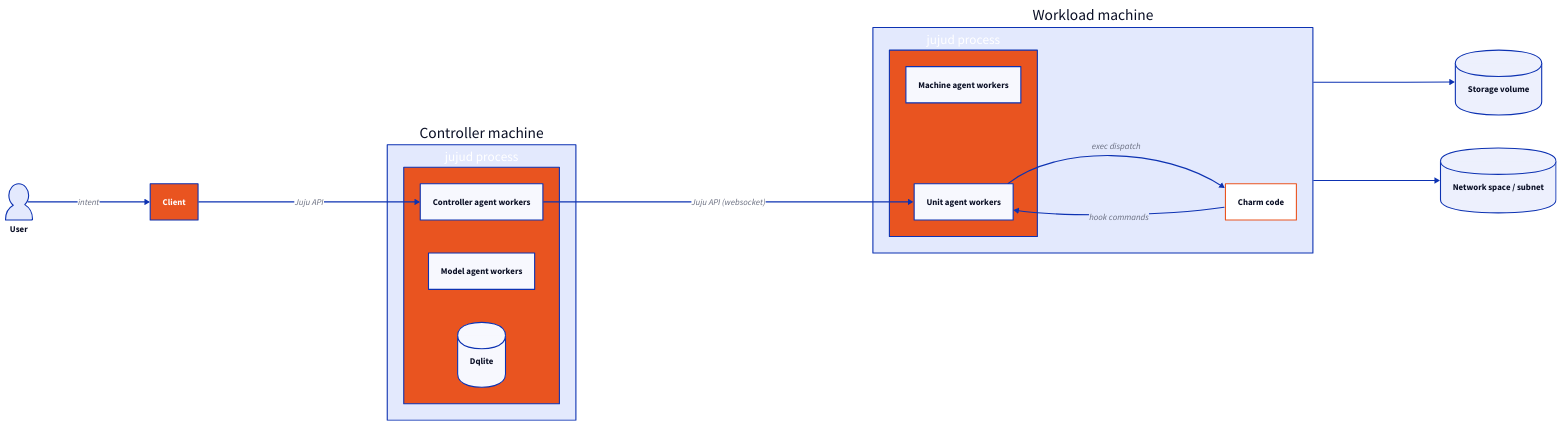
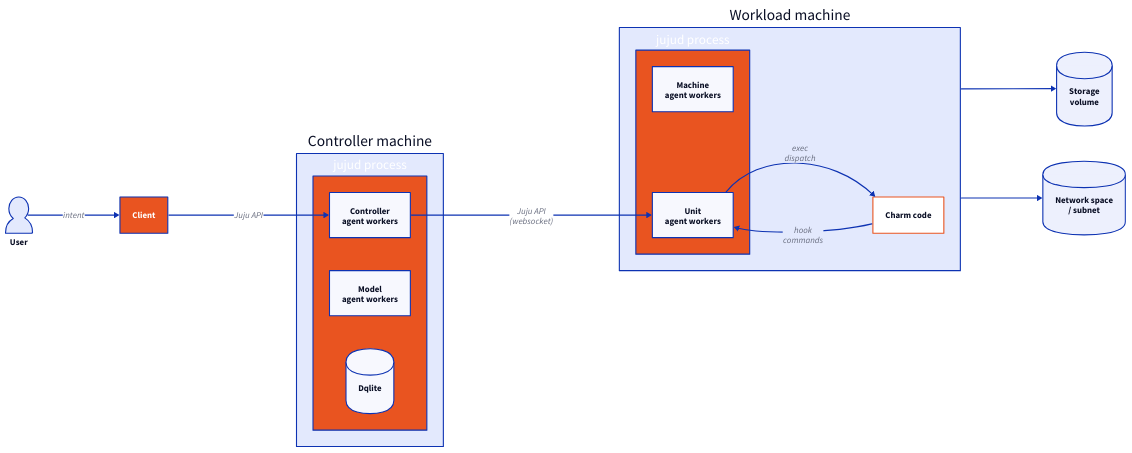
The second of 11 diagrams in docs/explanation/architecture.md (juju/juju), drawn with D2 before and after one commit. The commit also changed other lines of this file and 1 other file, not shown here.

First line of the commit message:
build(docs): reduce padding and wrap long labels in D2 diagrams

````diff
--- a/docs/explanation/architecture.md
+++ b/docs/explanation/architecture.md
@@ -162,45 +162,45 @@
 ```{d2}
 direction: right
 
 user.shape: person
 user.label: "User"
 
 client: "Client" {
   style.fill: "#E95420"
   style.font-color: white
 }
 
 controller_machine: "Controller machine" {
   jujud_ctrl: "jujud process" {
     style.fill: "#E95420"
     style.font-color: white
-    ca: "Controller agent workers"
-    ma: "Model agent workers"
+    ca: "Controller\nagent workers"
+    ma: "Model\nagent workers"
     db: "Dqlite" {shape: cylinder}
   }
 }
 
 workload_machine: "Workload machine" {
   jujud_unit: "jujud process" {
     style.fill: "#E95420"
     style.font-color: white
-    mach_a: "Machine agent workers"
-    unit_a: "Unit agent workers"
+    mach_a: "Machine\nagent workers"
+    unit_a: "Unit\nagent workers"
   }
   charm: "Charm code" {
     style.fill: white
     style.stroke: "#E95420"
   }
 }
 
-storage: "Storage volume" {shape: cylinder}
-network: "Network space / subnet" {shape: cylinder}
+storage: "Storage\nvolume" {shape: cylinder}
+network: "Network space\n/ subnet" {shape: cylinder}
 
 user -> client: "intent"
 client -> controller_machine.jujud_ctrl.ca: "Juju API"
-controller_machine.jujud_ctrl.ca -> workload_machine.jujud_unit.unit_a: "Juju API (websocket)"
-workload_machine.jujud_unit.unit_a -> workload_machine.charm: "exec dispatch"
-workload_machine.charm -> workload_machine.jujud_unit.unit_a: "hook commands"
+controller_machine.jujud_ctrl.ca -> workload_machine.jujud_unit.unit_a: "Juju API\n(websocket)"
+workload_machine.jujud_unit.unit_a -> workload_machine.charm: "exec\ndispatch"
+workload_machine.charm -> workload_machine.jujud_unit.unit_a: "hook\ncommands"
 workload_machine -> storage
 workload_machine -> network
 ```
````
